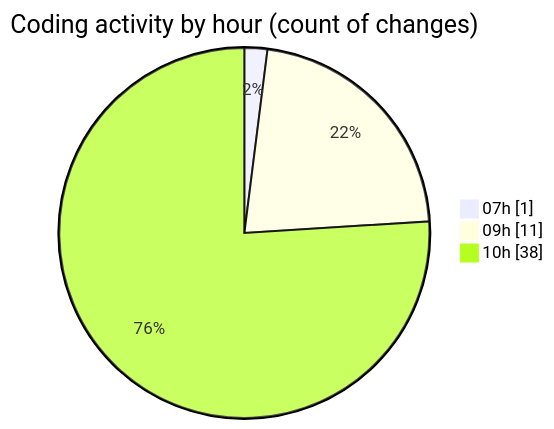
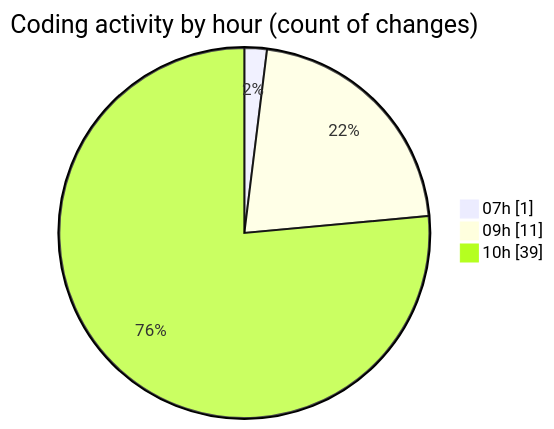
One commit to becaeroporto-bot/code-tracking changed the second of 2 diagrams in 2026-02-17/id_ia/README.md. Above: the diagram before and after it, drawn with Mermaid. The commit also changed other lines of this file and 1 other file, not shown here.

````diff
--- a/2026-02-17/id_ia/README.md
+++ b/2026-02-17/id_ia/README.md
@@ -50,7 +50,7 @@
 ```mermaid
 pie showData
 title Coding activity by hour (count of changes)
 "07h" : 1
 "09h" : 11
-"10h" : 38
+"10h" : 39
 ```
````
